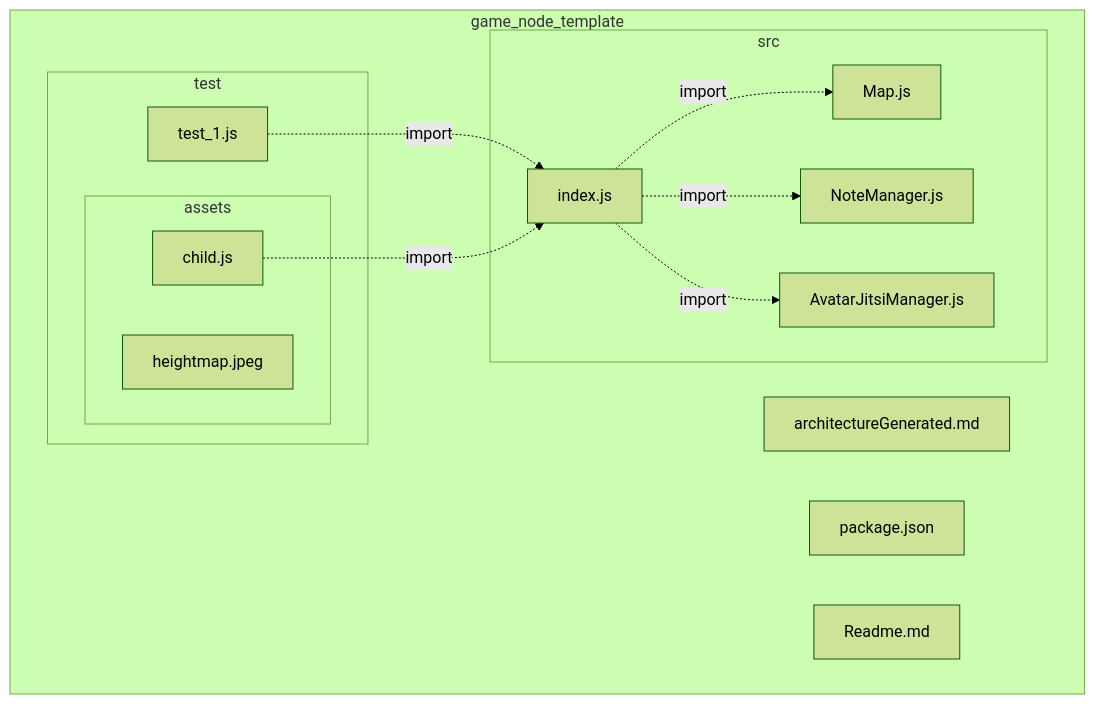
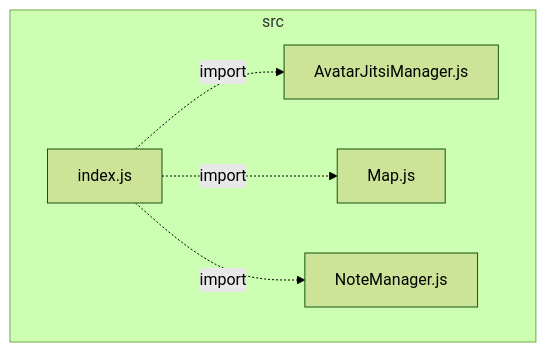
One commit to VCityTeam/UD-Viz changed the diagram in packages/game_node_template/architectureGenerated.md. Above: the diagram before and after it, drawn with Mermaid (forest theme). The commit also changed 25 other files, not shown here.

Commit message:
update(doc):generate diagrams from *package*/src/

````diff
--- a/packages/game_node_template/architectureGenerated.md
+++ b/packages/game_node_template/architectureGenerated.md
@@ -1,26 +1,12 @@
 ```mermaid
 flowchart
- subgraph IDgame5fnode5ftemplate["game_node_template"]
-  IDgame5fnode5ftemplateArchitectureGenerated2emd["architectureGenerated.md"]
-  IDgame5fnode5ftemplatePackage2ejson["package.json"]
-  IDgame5fnode5ftemplateReadme2emd["Readme.md"]
-  subgraph IDgame5fnode5ftemplateSrc["src"]
-   IDgame5fnode5ftemplateSrcAvatarJitsiManager2ejs["AvatarJitsiManager.js"]
-   IDgame5fnode5ftemplateSrcIndex2ejs["index.js"]
-   IDgame5fnode5ftemplateSrcMap2ejs["Map.js"]
-   IDgame5fnode5ftemplateSrcNoteManager2ejs["NoteManager.js"]
-  end
-  subgraph IDgame5fnode5ftemplateTest["test"]
-   IDgame5fnode5ftemplateTestTest5f12ejs["test_1.js"]
-   subgraph IDgame5fnode5ftemplateTestAssets["assets"]
-    IDgame5fnode5ftemplateTestAssetsChild2ejs["child.js"]
-    IDgame5fnode5ftemplateTestAssetsHeightmap2ejpeg["heightmap.jpeg"]
-   end
-  end
+ subgraph IDsrc["src"]
+  IDsrcAvatarJitsiManager2ejs["AvatarJitsiManager.js"]
+  IDsrcIndex2ejs["index.js"]
+  IDsrcMap2ejs["Map.js"]
+  IDsrcNoteManager2ejs["NoteManager.js"]
  end
-IDgame5fnode5ftemplateSrcIndex2ejs-.->|import|IDgame5fnode5ftemplateSrcMap2ejs
-IDgame5fnode5ftemplateSrcIndex2ejs-.->|import|IDgame5fnode5ftemplateSrcNoteManager2ejs
-IDgame5fnode5ftemplateSrcIndex2ejs-.->|import|IDgame5fnode5ftemplateSrcAvatarJitsiManager2ejs
-IDgame5fnode5ftemplateTestTest5f12ejs-.->|import|IDgame5fnode5ftemplateSrcIndex2ejs
-IDgame5fnode5ftemplateTestAssetsChild2ejs-.->|import|IDgame5fnode5ftemplateSrcIndex2ejs
+IDsrcIndex2ejs-.->|import|IDsrcMap2ejs
+IDsrcIndex2ejs-.->|import|IDsrcNoteManager2ejs
+IDsrcIndex2ejs-.->|import|IDsrcAvatarJitsiManager2ejs
 ```
````
